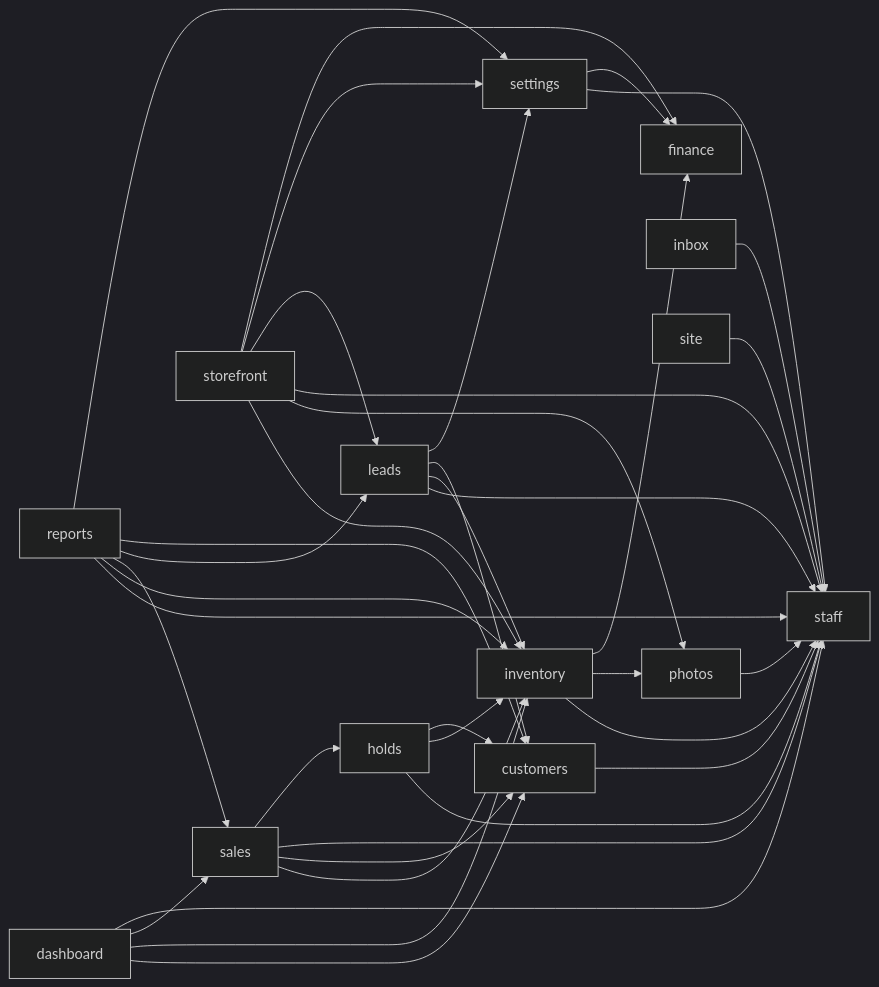
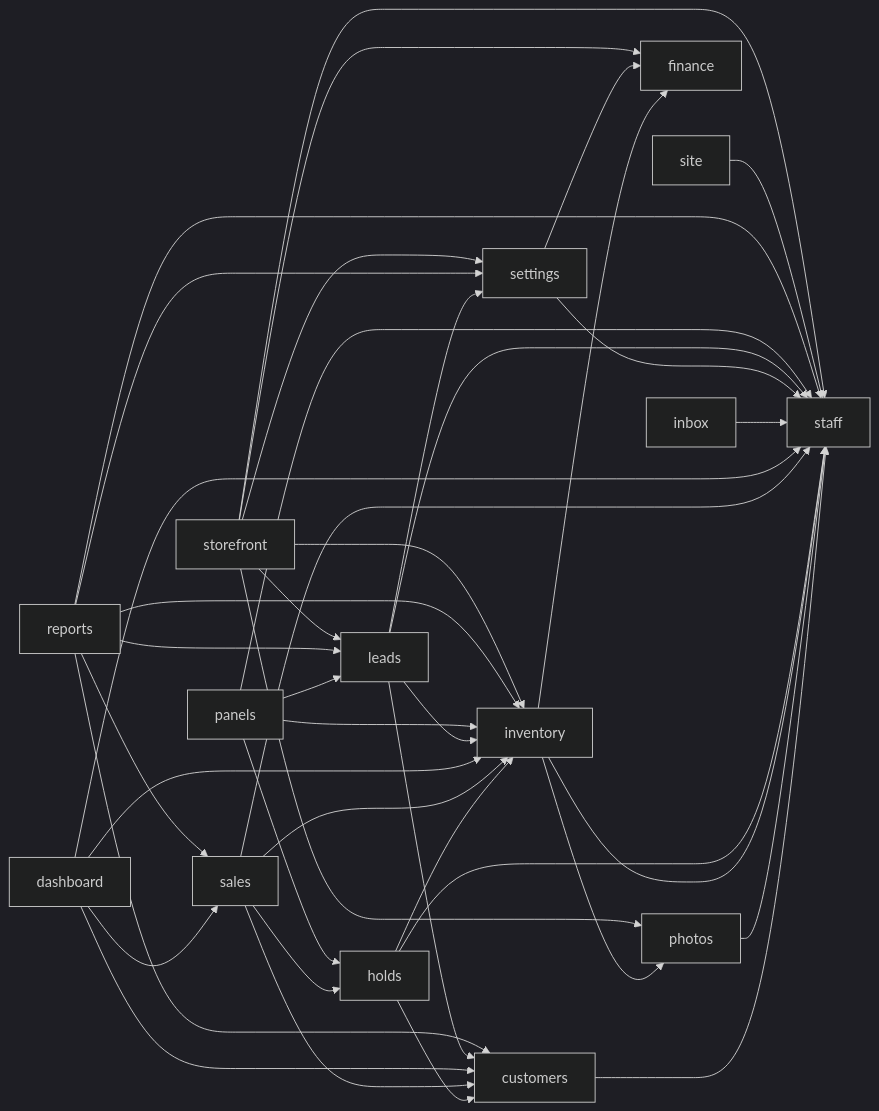
The diagram in docs/wiki/README.md (Ignibyte/aic-demo), drawn with Mermaid (dark theme) before and after one commit. The commit also changed other lines of this file and 135 other files, not shown here.

````diff
--- a/docs/wiki/README.md
+++ b/docs/wiki/README.md
@@ -81,41 +82,45 @@
 ```mermaid
 graph LR
     staff
     customers --> staff
     photos --> staff
     finance
     inventory --> staff
     inventory --> photos
     inventory --> finance
     holds --> staff
     holds --> inventory
     holds --> customers
     sales --> inventory
     sales --> customers
     sales --> staff
     sales --> holds
     dashboard --> customers
     dashboard --> inventory
     dashboard --> sales
     dashboard --> staff
     inbox --> staff
     settings --> staff
     settings --> finance
     leads --> staff
     leads --> inventory
     leads --> customers
     leads --> settings
+    panels --> staff
+    panels --> inventory
+    panels --> leads
+    panels --> holds
     reports --> staff
     reports --> inventory
     reports --> sales
     reports --> leads
     reports --> customers
     reports --> settings
     site --> staff
     storefront --> inventory
     storefront --> photos
     storefront --> staff
     storefront --> leads
     storefront --> settings
     storefront --> finance
 ```
````
